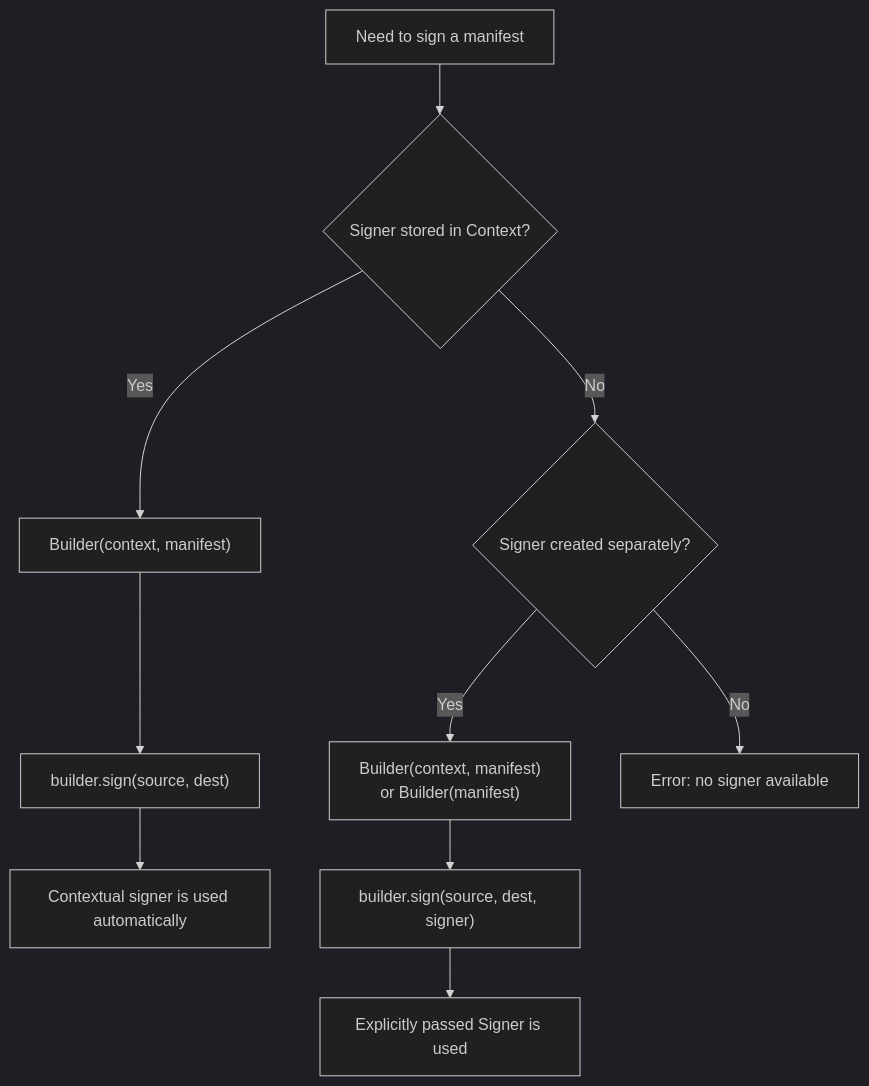
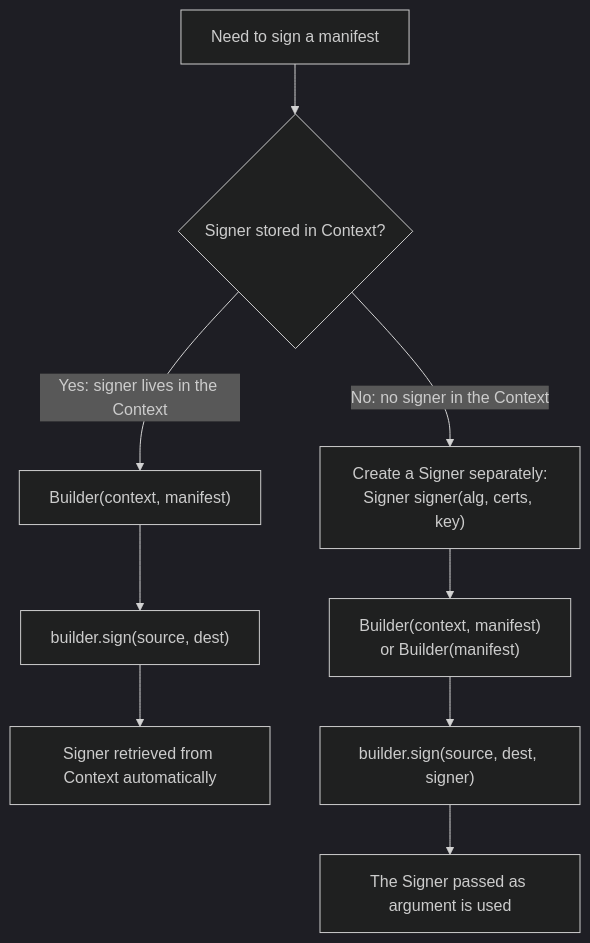
One commit to contentauth/c2pa-c changed the third of 3 diagrams in docs/context.md. Above: the diagram before and after it, drawn with Mermaid (dark theme). The commit also changed other lines of this file, not shown here.

````diff
--- a/docs/context.md
+++ b/docs/context.md
@@ -631,14 +631,13 @@
 ```mermaid
 flowchart TD
     A[Need to sign a manifest] --> B{Signer stored in Context?}
-    B -- Yes --> C["Builder(context, manifest)"]
+
+    B -- "Yes: signer lives in the Context" --> C["Builder(context, manifest)"]
     C --> D["builder.sign(source, dest)"]
-    D --> E[Contextual signer is used automatically]
+    D --> E[Signer retrieved from Context automatically]
 
-    B -- No --> F{Signer created separately?}
-    F -- Yes --> G["Builder(context, manifest)\nor Builder(manifest)"]
+    B -- "No: no signer in the Context" --> F["Create a Signer separately:\nSigner signer(alg, certs, key)"]
+    F --> G["Builder(context, manifest)\nor Builder(manifest)"]
     G --> H["builder.sign(source, dest, signer)"]
-    H --> I[Explicitly passed Signer is used]
-
-    F -- No --> J[Error: no signer available]
+    H --> I[The Signer passed as argument is used]
 ```
````
